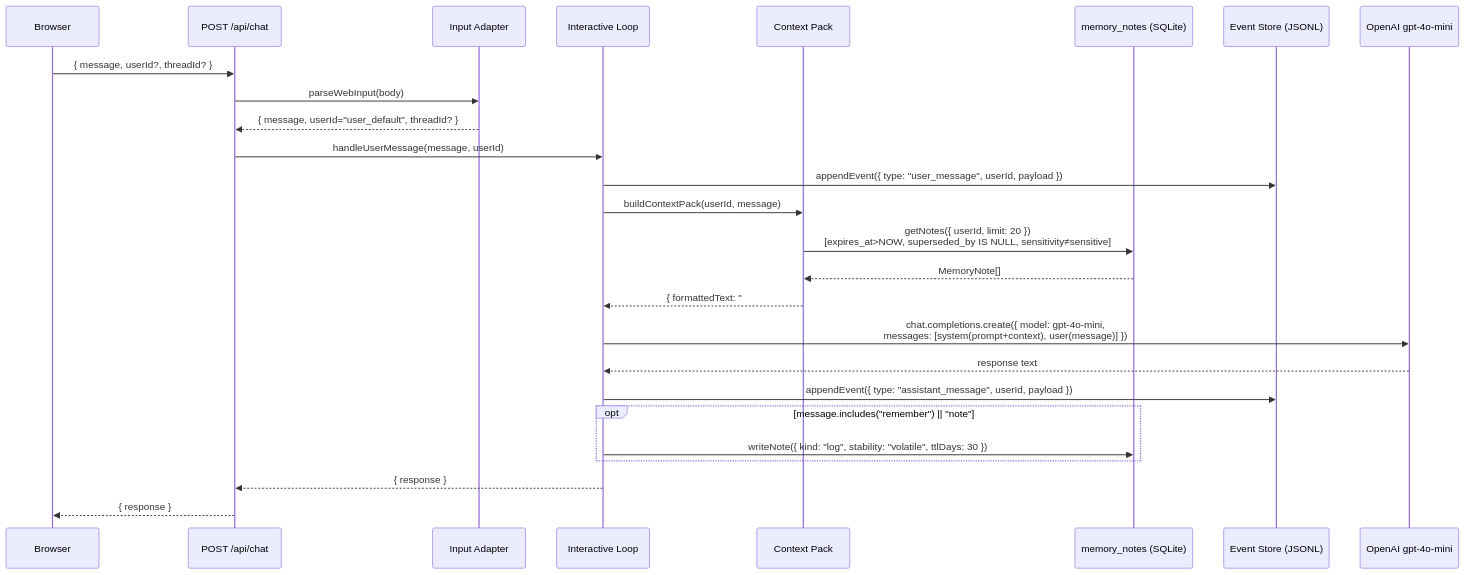
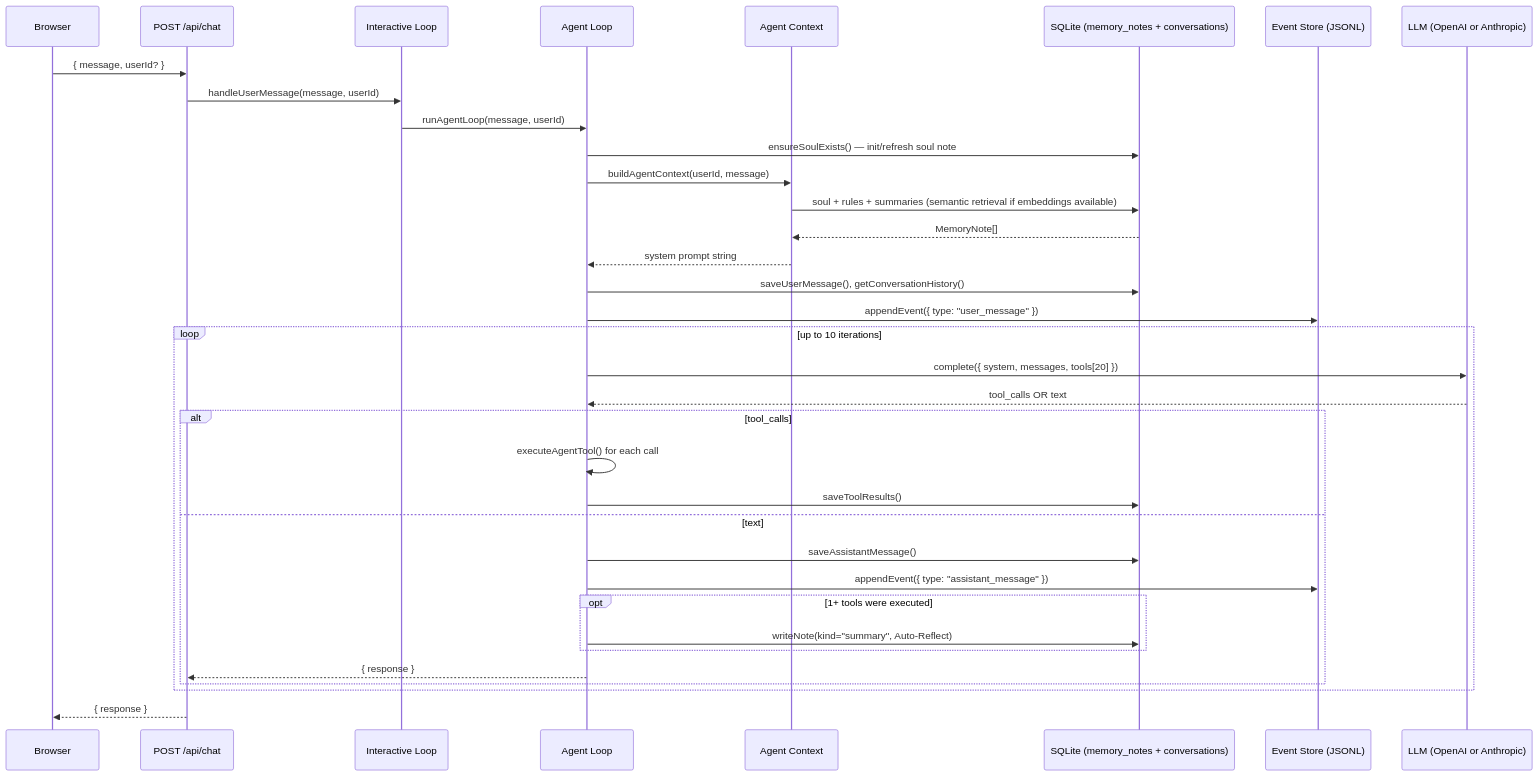
Before and after one commit to nalbam/luminary: the second of 4 diagrams in docs/architecture/overview.md, drawn with Mermaid. The commit also changed other lines of this file and 4 other files, not shown here.

````diff
--- a/docs/architecture/overview.md
+++ b/docs/architecture/overview.md
@@ -87,34 +88,43 @@
 ```mermaid
 sequenceDiagram
     participant B as Browser
     participant API as POST /api/chat
-    participant A as Input Adapter
     participant IL as Interactive Loop
-    participant CP as Context Pack
-    participant DB as memory_notes (SQLite)
+    participant AL as Agent Loop
+    participant CTX as Agent Context
+    participant DB as SQLite (memory_notes + conversations)
     participant EV as Event Store (JSONL)
-    participant OAI as OpenAI gpt-4o-mini
+    participant LLM as LLM (OpenAI or Anthropic)
 
-    B->>API: { message, userId?, threadId? }
-    API->>A: parseWebInput(body)
-    A-->>API: { message, userId="user_default", threadId? }
+    B->>API: { message, userId? }
     API->>IL: handleUserMessage(message, userId)
+    IL->>AL: runAgentLoop(message, userId)
 
-    IL->>EV: appendEvent({ type: "user_message", userId, payload })
-    IL->>CP: buildContextPack(userId, message)
-    CP->>DB: getNotes({ userId, limit: 20 })<br/>[expires_at>NOW, superseded_by IS NULL, sensitivity≠sensitive]
-    DB-->>CP: MemoryNote[]
-    CP-->>IL: { formattedText: "## Memory Context\n[log] ..." }
+    AL->>DB: ensureSoulExists() — init/refresh soul note
+    AL->>CTX: buildAgentContext(userId, message)
+    CTX->>DB: soul + rules + summaries (semantic retrieval if embeddings available)
+    DB-->>CTX: MemoryNote[]
+    CTX-->>AL: system prompt string
 
-    IL->>OAI: chat.completions.create({ model: gpt-4o-mini,<br/>messages: [system(prompt+context), user(message)] })
-    OAI-->>IL: response text
+    AL->>DB: saveUserMessage(), getConversationHistory()
+    AL->>EV: appendEvent({ type: "user_message" })
 
-    IL->>EV: appendEvent({ type: "assistant_message", userId, payload })
+    loop up to 10 iterations
+        AL->>LLM: complete({ system, messages, tools[20] })
+        LLM-->>AL: tool_calls OR text
 
-    opt message.includes("remember") || "note"
-        IL->>DB: writeNote({ kind: "log", stability: "volatile", ttlDays: 30 })
+        alt tool_calls
+            AL->>AL: executeAgentTool() for each call
+            AL->>DB: saveToolResults()
+        else text
+            AL->>DB: saveAssistantMessage()
+            AL->>EV: appendEvent({ type: "assistant_message" })
+            opt 1+ tools were executed
+                AL->>DB: writeNote(kind="summary", Auto-Reflect)
+            end
+            AL-->>API: { response }
+        end
     end
 
-    IL-->>API: { response }
     API-->>B: { response }
 ```
````
